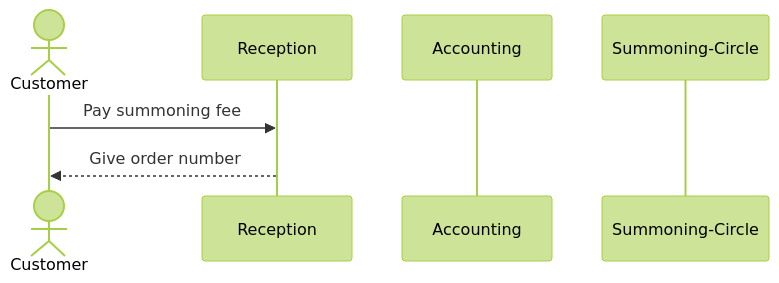
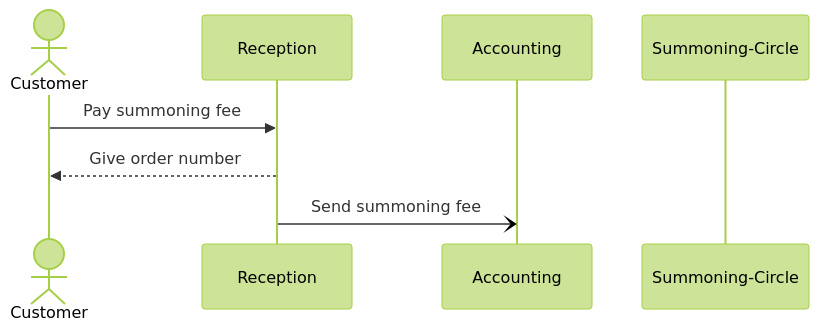
The diagram in README.md (ojtanner/bartholomews-impery), drawn with Mermaid (forest theme) before and after one commit.

````diff
--- a/README.md
+++ b/README.md
@@ -26,10 +26,11 @@
 ```mermaid
 sequenceDiagram
     actor C as Customer
     participant R as Reception
     participant A as Accounting
     participant S as Summoning-Circle
     C->>R: Pay summoning fee
     R-->>C: Give order number
+    R-)A: Send summoning fee
     
 ```
````
